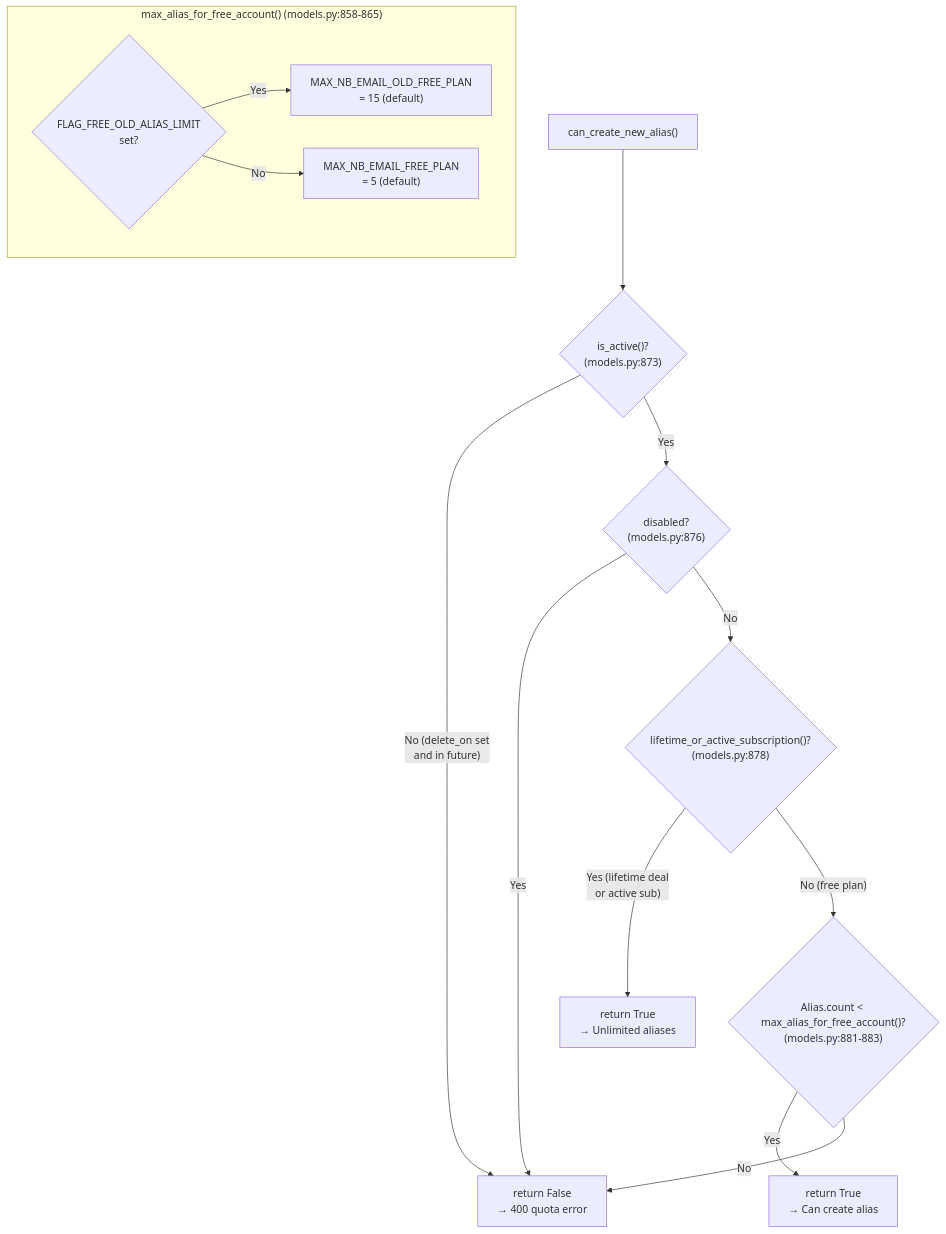
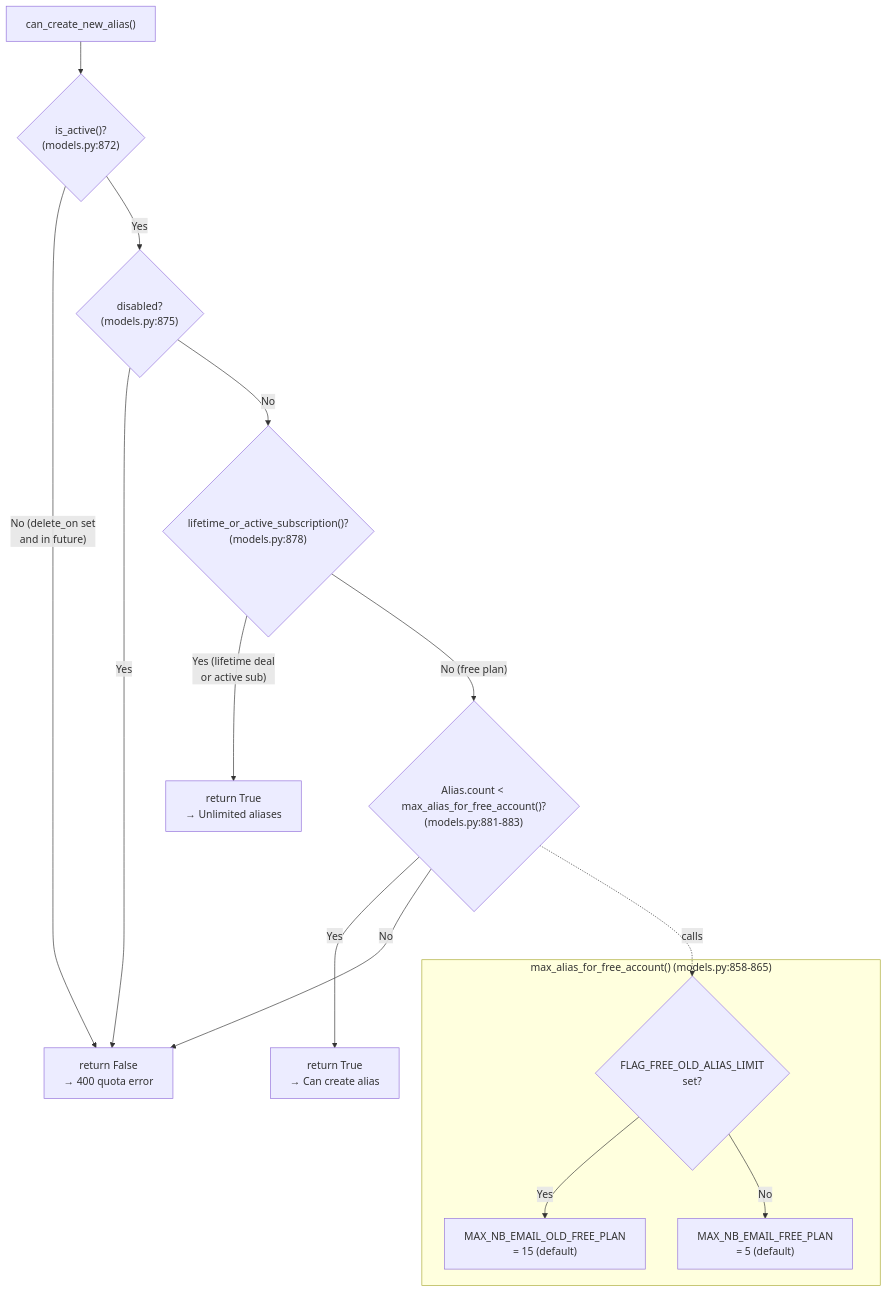
One commit to blitzy-research/app changed the first of 3 diagrams in blitzy/documentation/app_2cd6ee777f8c.md. Above: the diagram before and after it, drawn with Mermaid. The commit also changed other lines of this file, not shown here.

````diff
--- a/blitzy/documentation/app_2cd6ee777f8c.md
+++ b/blitzy/documentation/app_2cd6ee777f8c.md
@@ -598,18 +598,19 @@
 ```mermaid
 flowchart TD
-    A["can_create_new_alias()"] --> B{"is_active()?\n(models.py:873)"}
+    A["can_create_new_alias()"] --> B{"is_active()?\n(models.py:872)"}
     B -->|"No (delete_on set\nand in future)"| C["return False\n→ 400 quota error"]
-    B -->|"Yes"| D{"disabled?\n(models.py:876)"}
+    B -->|"Yes"| D{"disabled?\n(models.py:875)"}
     D -->|"Yes"| C
     D -->|"No"| E{"lifetime_or_active_subscription()?\n(models.py:878)"}
     E -->|"Yes (lifetime deal\nor active sub)"| F["return True\n→ Unlimited aliases"]
     E -->|"No (free plan)"| G{"Alias.count < max_alias_for_free_account()?\n(models.py:881-883)"}
     G -->|"Yes"| H["return True\n→ Can create alias"]
     G -->|"No"| C
+    G -.->|"calls"| I
 
     subgraph "max_alias_for_free_account() (models.py:858-865)"
         I{"FLAG_FREE_OLD_ALIAS_LIMIT\nset?"}
         I -->|"Yes"| J["MAX_NB_EMAIL_OLD_FREE_PLAN\n= 15 (default)"]
         I -->|"No"| K["MAX_NB_EMAIL_FREE_PLAN\n= 5 (default)"]
     end
 ```
````
